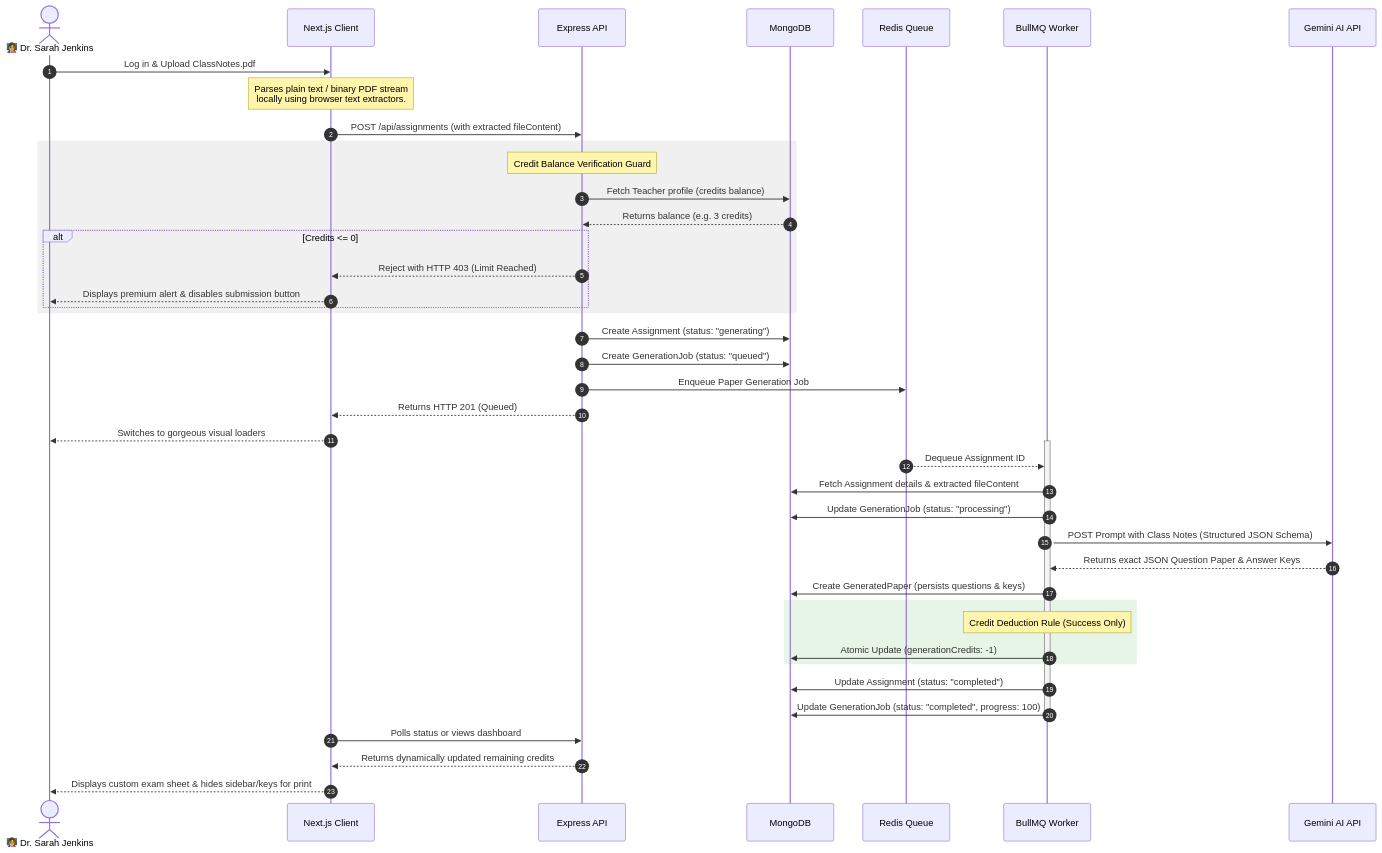
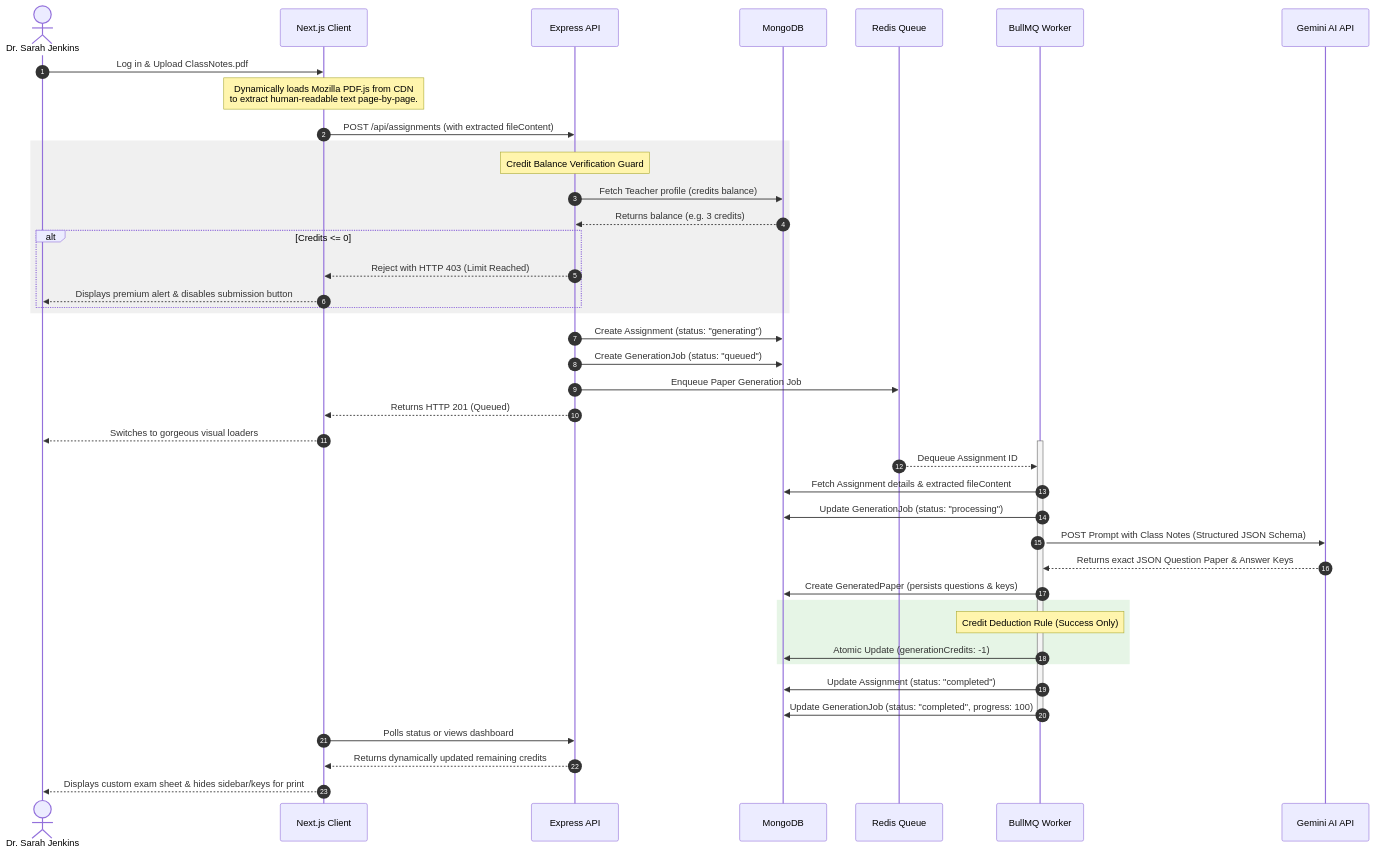
The diagram in README.md (Naveensivam03/veda_ai), drawn with Mermaid before and after one commit. The commit also changed other lines of this file and 39 other files, not shown here.

Commit message:
feat: implement secure admin limit console, pdf text extraction via pdf.js, print layouts, and update documentation

````diff
--- a/README.md
+++ b/README.md
@@ -48,54 +48,54 @@
 ```mermaid
 sequenceDiagram
     autonumber
-    actor Teacher as 👩‍🏫 Dr. Sarah Jenkins
+    actor Teacher as Dr. Sarah Jenkins
     participant Client as Next.js Client
     participant Server as Express API
     participant DB as MongoDB
     participant Redis as Redis Queue
     participant Worker as BullMQ Worker
     participant Gemini as Gemini AI API
 
     Teacher->>Client: Log in & Upload ClassNotes.pdf
-    Note over Client: Parses plain text / binary PDF stream<br/>locally using browser text extractors.
+    Note over Client: Dynamically loads Mozilla PDF.js from CDN<br/>to extract human-readable text page-by-page.
     Client->>Server: POST /api/assignments (with extracted fileContent)
     
     rect rgb(240, 240, 240)
         Note over Server: Credit Balance Verification Guard
         Server->>DB: Fetch Teacher profile (credits balance)
         DB-->>Server: Returns balance (e.g. 3 credits)
         alt Credits <= 0
             Server-->>Client: Reject with HTTP 403 (Limit Reached)
             Client-->>Teacher: Displays premium alert & disables submission button
         end
     end
 
     Server->>DB: Create Assignment (status: "generating")
     Server->>DB: Create GenerationJob (status: "queued")
     Server->>Redis: Enqueue Paper Generation Job
     Server-->>Client: Returns HTTP 201 (Queued)
     Client-->>Teacher: Switches to gorgeous visual loaders
 
     activate Worker
     Redis-->>Worker: Dequeue Assignment ID
     Worker->>DB: Fetch Assignment details & extracted fileContent
     Worker->>DB: Update GenerationJob (status: "processing")
     
     Worker->>Gemini: POST Prompt with Class Notes (Structured JSON Schema)
     Gemini-->>Worker: Returns exact JSON Question Paper & Answer Keys
     
     Worker->>DB: Create GeneratedPaper (persists questions & keys)
     
     rect rgb(230, 245, 230)
         Note over Worker: Credit Deduction Rule (Success Only)
         Worker->>DB: Atomic Update (generationCredits: -1)
     end
     
     Worker->>DB: Update Assignment (status: "completed")
     Worker->>DB: Update GenerationJob (status: "completed", progress: 100)
     deactivate Worker
 
     Client->>Server: Polls status or views dashboard
     Server-->>Client: Returns dynamically updated remaining credits
     Client-->>Teacher: Displays custom exam sheet & hides sidebar/keys for print
 ```
````
